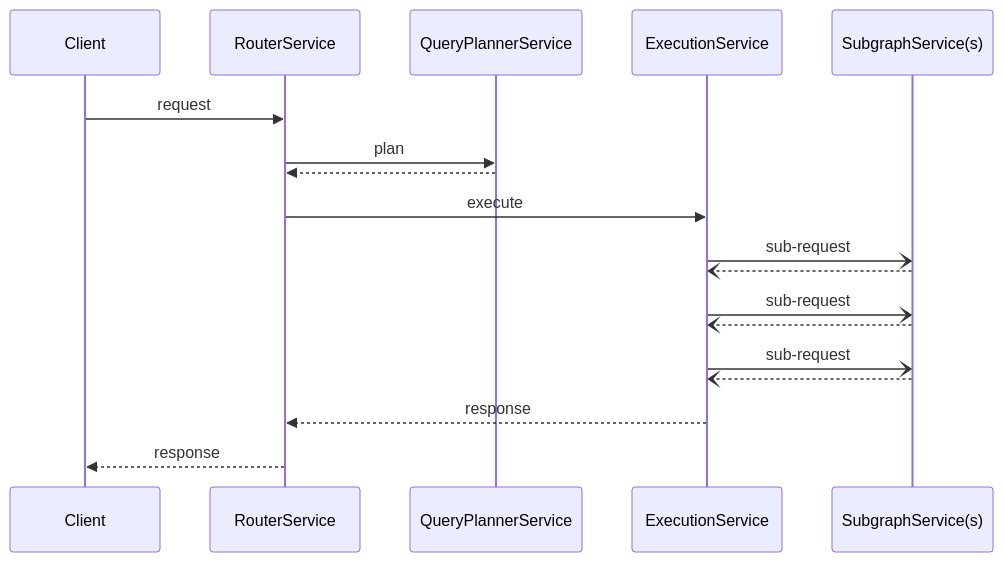
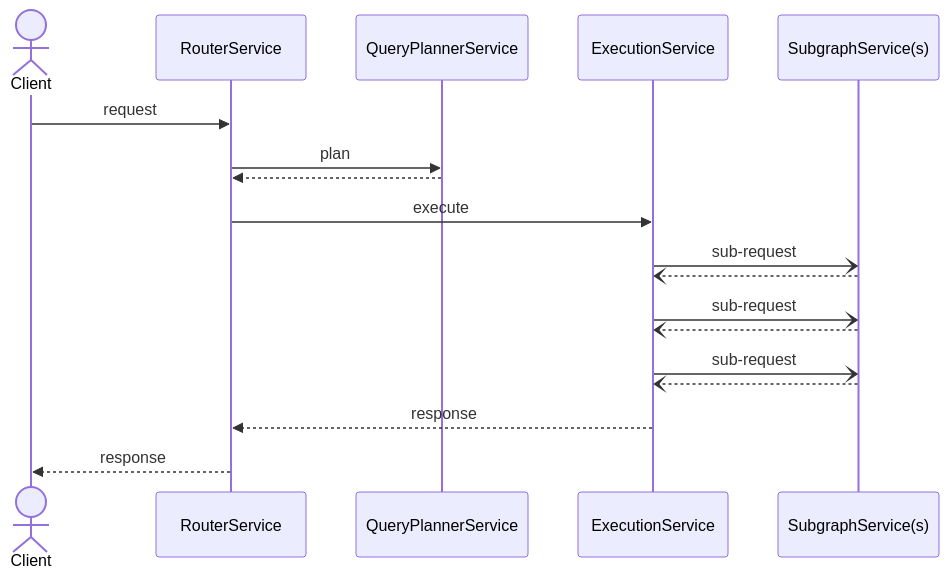
Before and after one commit to apollographql/router: the diagram in examples/context/README.md, drawn with Mermaid. The commit also changed 3 other files, not shown here.

````diff
--- a/examples/context/README.md
+++ b/examples/context/README.md
@@ -15,21 +15,21 @@
 ```mermaid
 sequenceDiagram
-    participant Client
+    actor Client
     participant RouterService
     participant QueryPlannerService
     participant ExecutionService
     participant SubgraphService(s)
 
     Client->>RouterService: request
     RouterService->>QueryPlannerService: plan
     QueryPlannerService-->>RouterService: 
     RouterService->>ExecutionService: execute
     ExecutionService-)SubgraphService(s): sub-request
     SubgraphService(s)--)ExecutionService: 
     ExecutionService-)SubgraphService(s): sub-request
     SubgraphService(s)--)ExecutionService: 
     ExecutionService-)SubgraphService(s): sub-request
     SubgraphService(s)--)ExecutionService: 
     ExecutionService-->>RouterService: response
     RouterService-->>Client: response
 ```
````
